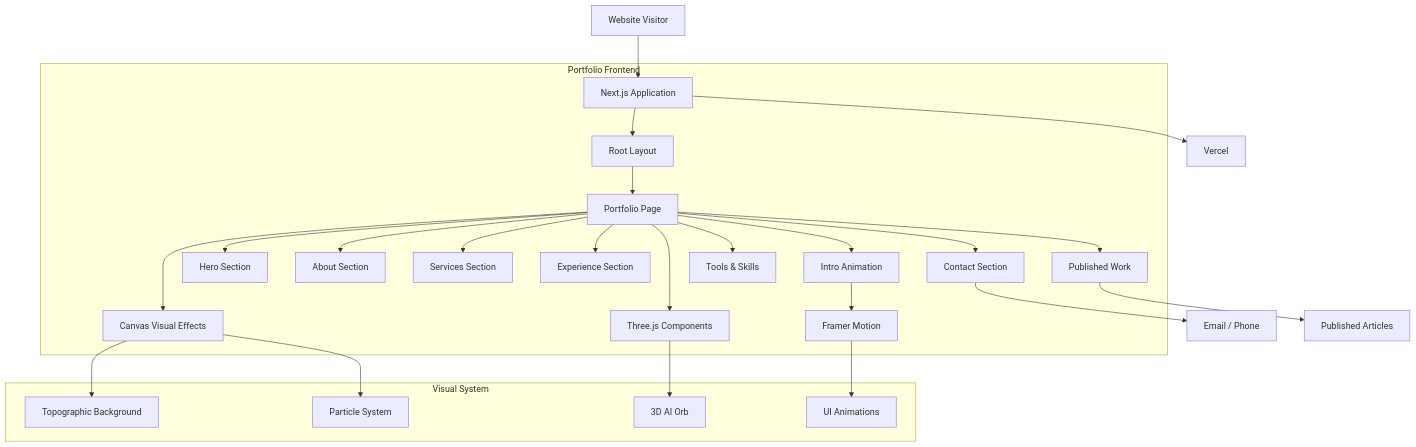
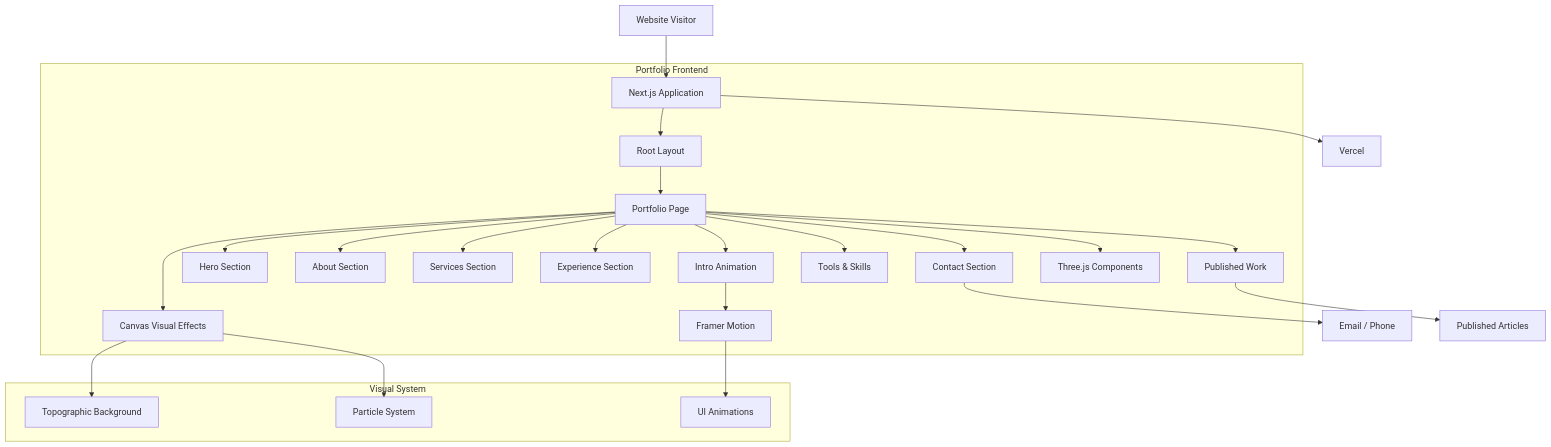
The diagram in README.md (vedantkalkundri-ops/portfolio-ui), drawn with Mermaid before and after one commit. The commit also changed other lines of this file, not shown here.

````diff
--- a/README.md
+++ b/README.md
@@ -147,35 +91,34 @@
 ```mermaid
 flowchart TD
 
     User[Website Visitor] --> Next[Next.js Application]
 
     subgraph Frontend [Portfolio Frontend]
         Next --> Layout[Root Layout]
         Layout --> Page[Portfolio Page]
 
         Page --> Intro[Intro Animation]
         Page --> Hero[Hero Section]
         Page --> About[About Section]
         Page --> Services[Services Section]
         Page --> Experience[Experience Section]
         Page --> Projects[Published Work]
         Page --> Tools[Tools & Skills]
         Page --> Contact[Contact Section]
 
         Intro --> Motion[Framer Motion]
         Page --> Canvas[Canvas Visual Effects]
         Page --> Three[Three.js Components]
     end
 
     subgraph VisualSystem [Visual System]
         Canvas --> Topo[Topographic Background]
         Canvas --> Particles[Particle System]
-        Three --> Orb[3D AI Orb]
         Motion --> Animations[UI Animations]
     end
 
     Contact --> External[Email / Phone]
     Projects --> Published[Published Articles]
 
     Next --> Deployment[Vercel]
 ```
````
